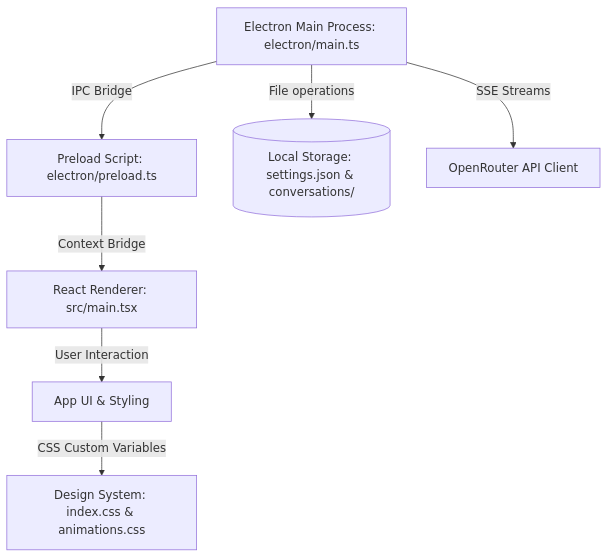
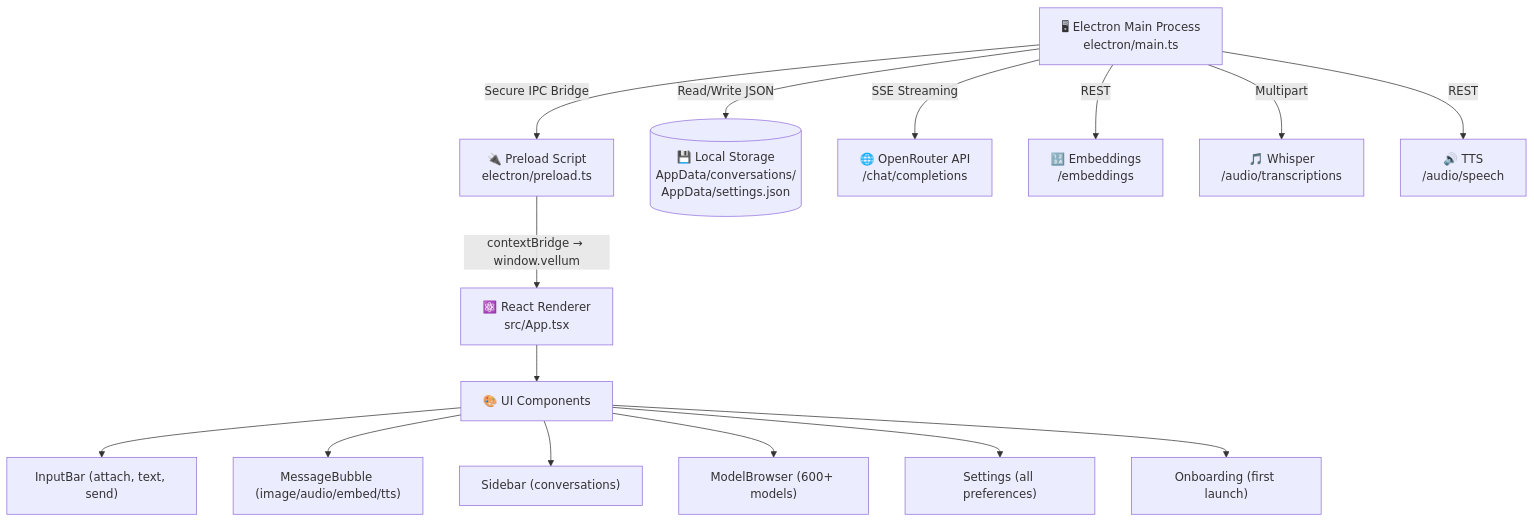
One commit to JustCallMeSidd/Project-Vellum changed the diagram in README.md. Above: the diagram before and after it, drawn with Mermaid. The commit also changed other lines of this file and 16 other files, not shown here.

````diff
--- a/README.md
+++ b/README.md
@@ -26,11 +268,20 @@
 ```mermaid
 graph TD
-    A[Electron Main Process: electron/main.ts] -->|IPC Bridge| B[Preload Script: electron/preload.ts]
-    B -->|Context Bridge| C[React Renderer: src/main.tsx]
-    
-    A -->|File operations| D[(Local Storage: settings.json & conversations/)]
-    A -->|SSE Streams| E[OpenRouter API Client]
-    
-    C -->|User Interaction| F[App UI & Styling]
-    F -->|CSS Custom Variables| G[Design System: index.css & animations.css]
+    A["🖥 Electron Main Process\nelectron/main.ts"] -->|"Secure IPC Bridge"| B["🔌 Preload Script\nelectron/preload.ts"]
+    B -->|"contextBridge → window.vellum"| C["⚛️ React Renderer\nsrc/App.tsx"]
+
+    A -->|"Read/Write JSON"| D[("💾 Local Storage\nAppData/conversations/\nAppData/settings.json")]
+
+    A -->|"SSE Streaming"| E["🌐 OpenRouter API\n/chat/completions"]
+    A -->|"REST"| F["🔢 Embeddings\n/embeddings"]
+    A -->|"Multipart"| G["🎵 Whisper\n/audio/transcriptions"]
+    A -->|"REST"| H["🔊 TTS\n/audio/speech"]
+
+    C --> I["🎨 UI Components"]
+    I --> I1["InputBar (attach, text, send)"]
+    I --> I2["MessageBubble (image/audio/embed/tts)"]
+    I --> I3["Sidebar (conversations)"]
+    I --> I4["ModelBrowser (600+ models)"]
+    I --> I5["Settings (all preferences)"]
+    I --> I6["Onboarding (first launch)"]
 ```
````
